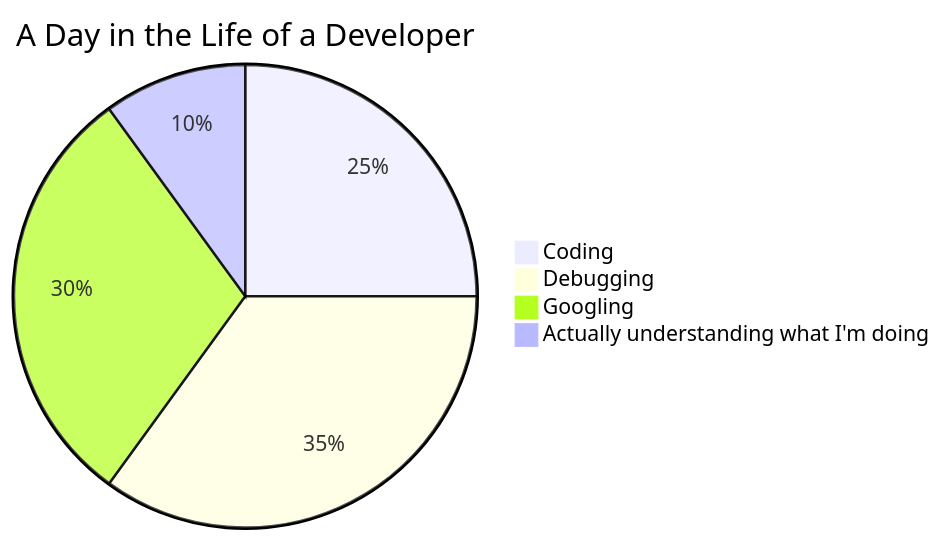
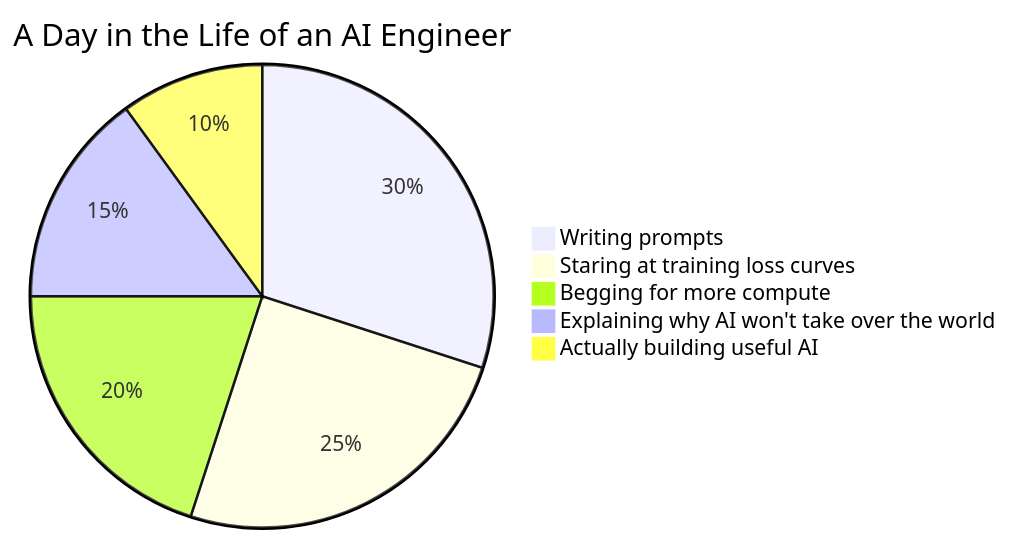
Before and after one commit to yeager209904/yeager209904: the diagram in README.md, drawn with Mermaid. The commit also changed other lines of this file, not shown here.

````diff
--- a/README.md
+++ b/README.md
@@ -69,7 +69,8 @@
 ```mermaid
-pie title A Day in the Life of a Developer
-    "Coding" : 25
-    "Debugging" : 35
-    "Googling" : 30
-    "Actually understanding what I'm doing" : 10
+pie title A Day in the Life of an AI Engineer
+    "Writing prompts" : 30
+    "Staring at training loss curves" : 25
+    "Begging for more compute" : 20
+    "Explaining why AI won't take over the world" : 15
+    "Actually building useful AI" : 10
 ```
````
